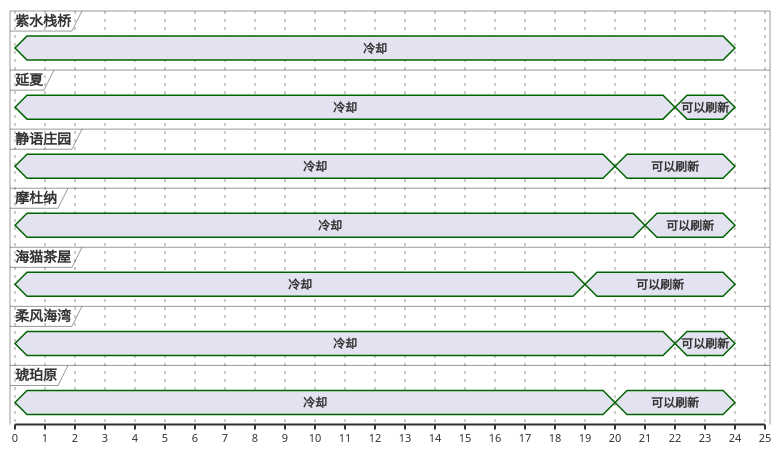
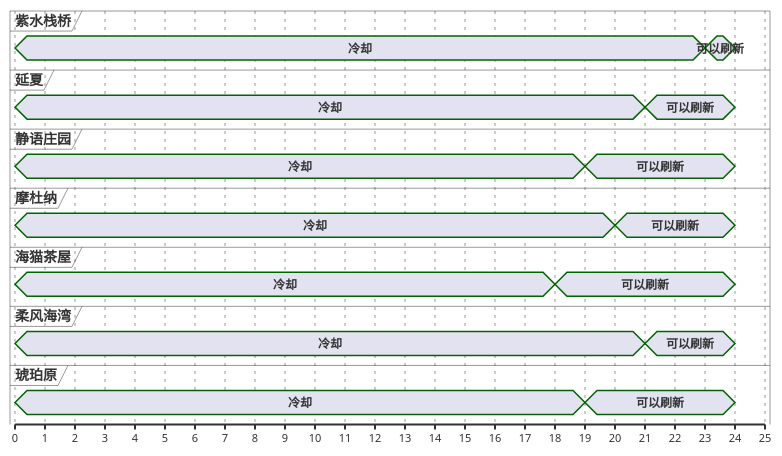
The third of 13 diagrams in ffxiv/hunt/2.0/Chernobog.md (Eroleice/doc-pi), drawn with PlantUML before and after one commit. The commit also changed other lines of this file and 38 other files, not shown here.

````diff
--- a/ffxiv/hunt/2.0/Chernobog.md
+++ b/ffxiv/hunt/2.0/Chernobog.md
@@ -144,48 +149,49 @@
 ```plantuml
 @startuml
 scale 1 as 30 pixels
 
 concise 紫水栈桥
 concise 延夏
 concise 静语庄园
 concise 摩杜纳
 concise 海猫茶屋
 concise 柔风海湾
 concise 琥珀原
 
 @海猫茶屋
 0 is 冷却
-19 is 可以刷新
+18 is 可以刷新
 24 is {hidden}
 
 @静语庄园
 0 is 冷却
-20 is 可以刷新
+19 is 可以刷新
 24 is {hidden}
 
 @琥珀原
 0 is 冷却
-20 is 可以刷新
+19 is 可以刷新
 24 is {hidden}
 
 @摩杜纳
 0 is 冷却
-21 is 可以刷新
+20 is 可以刷新
 24 is {hidden}
 
 @延夏
 0 is 冷却
-22 is 可以刷新
+21 is 可以刷新
 24 is {hidden}
 
 @柔风海湾
 0 is 冷却
-22 is 可以刷新
+21 is 可以刷新
 24 is {hidden}
 
 @紫水栈桥
 0 is 冷却
+23 is 可以刷新
 24 is {hidden}
 
 @enduml
 ```
````
